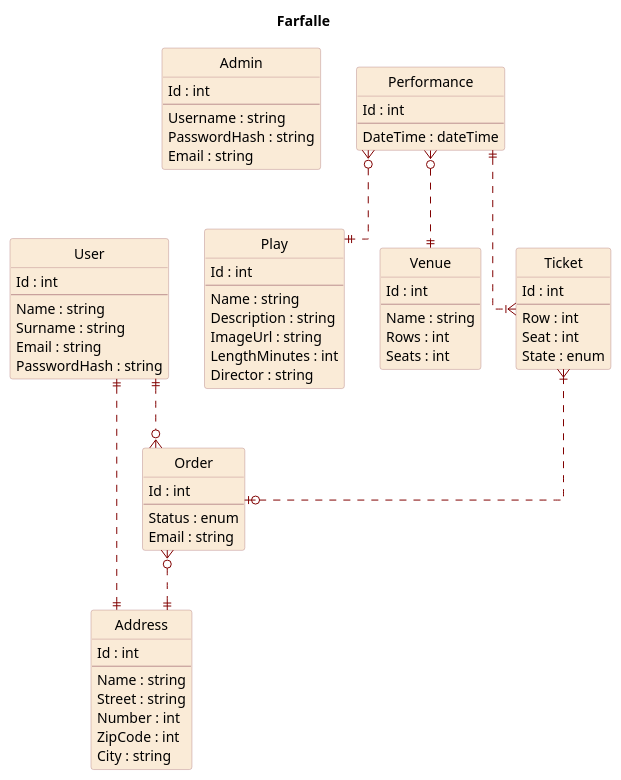
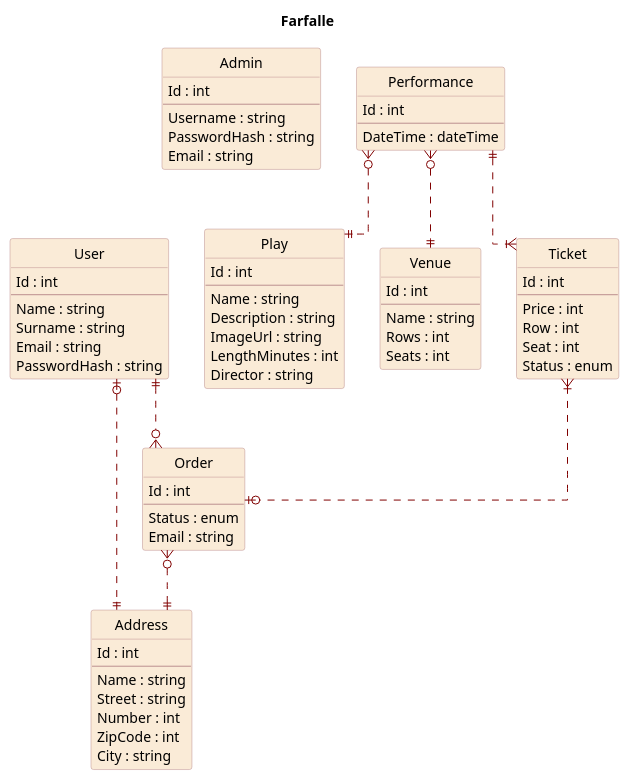
One commit to lhrbacek/farfalle changed the diagram in Models/ERD.puml. Above: the diagram before and after it, drawn with PlantUML.

Commit message:
Fix User Address relation, add price to Ticket

```diff
--- a/Models/ERD.puml
+++ b/Models/ERD.puml
@@ -1,88 +1,89 @@
 @startuml farfalle
 title Farfalle
 
 hide circle
 
 skinparam ClassBackgroundColor AntiqueWhite
 skinparam ClassBorderColor RosyBrown
 skinparam ArrowColor Maroon
 
 skinparam Shadowing false
 
 skinparam Linetype ortho
 
 entity Admin {
     Id : int
     ---
     Username : string
     PasswordHash : string
     Email : string
 }
 
 entity User {
     Id : int
     ---
     Name : string
     Surname : string
     Email : string
     PasswordHash : string
 }
 
 entity Play {
     Id : int
     ---
     Name : string
     Description : string
     ImageUrl : string
     LengthMinutes : int
     Director : string
 }
 
 entity Performance {
     Id : int
     ---
     DateTime : dateTime
 }
 
 entity Venue {
     Id : int
     ---
     Name : string
     Rows : int
     Seats : int
 }
 
 entity Ticket {
     Id : int
     ---
+    Price : int
     Row : int
     Seat : int
-    State : enum
+    Status : enum
 }
 
 entity Order {
     Id : int
     ---
     Status : enum
     Email : string
 }
 
 entity Address {
     Id : int
     ---
     Name : string
     Street : string
     Number : int
     ZipCode : int
     City : string
 }
 
-User ||..|| Address
+User |o..|| Address
 User ||..o{ Order
 Performance }o..|| Play
 Performance }o..|| Venue
 Performance ||..|{ Ticket
 Ticket }|..o| Order
 Order }o..|| Address
 
 @enduml
```
